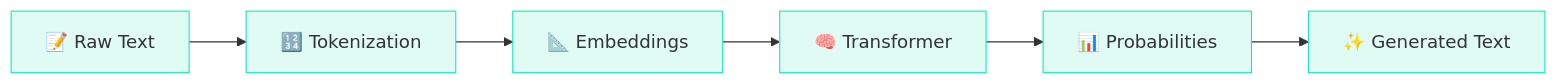
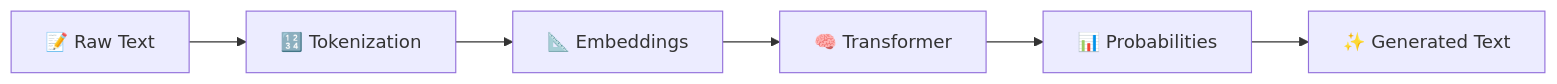
One commit to iamkhalid2/microgpt-course changed the diagram in docs/index.md. Above: the diagram before and after it, drawn with Mermaid. The commit also changed 20 other files, not shown here.

Commit message:
Remove all inline Mermaid styles - let theme handle colors natively

````diff
--- a/docs/index.md
+++ b/docs/index.md
@@ -25,15 +25,8 @@
 ```mermaid
 flowchart LR
     A["📝 Raw Text"] --> B["🔢 Tokenization"]
     B --> C["📐 Embeddings"]
     C --> D["🧠 Transformer"]
     D --> E["📊 Probabilities"]
     E --> F["✨ Generated Text"]
-
-    style A fill:#e0faf4,stroke:#1de9b6
-    style B fill:#e0faf4,stroke:#1de9b6
-    style C fill:#e0faf4,stroke:#1de9b6
-    style D fill:#e0faf4,stroke:#1de9b6
-    style E fill:#e0faf4,stroke:#1de9b6
-    style F fill:#e0faf4,stroke:#1de9b6
 ```
````
